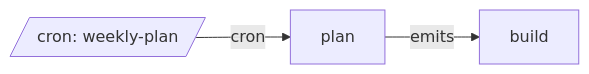
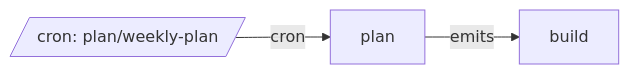
Before and after one commit to jtmckay/decree: the diagram in tests/fixtures/graph/system.md, drawn with Mermaid. The commit also changed other lines of this file and 195 other files, not shown here.

````diff
--- a/tests/fixtures/graph/system.md
+++ b/tests/fixtures/graph/system.md
@@ -8,8 +8,8 @@
 ```mermaid
 flowchart LR
     build["build"]
     plan["plan"]
-    cron__weekly_plan[/"cron: weekly-plan"/]
-    cron__weekly_plan -->|cron| plan
+    cron__plan_weekly_plan[/"cron: plan/weekly-plan"/]
+    cron__plan_weekly_plan -->|cron| plan
     plan -->|emits| build
 ```
````
